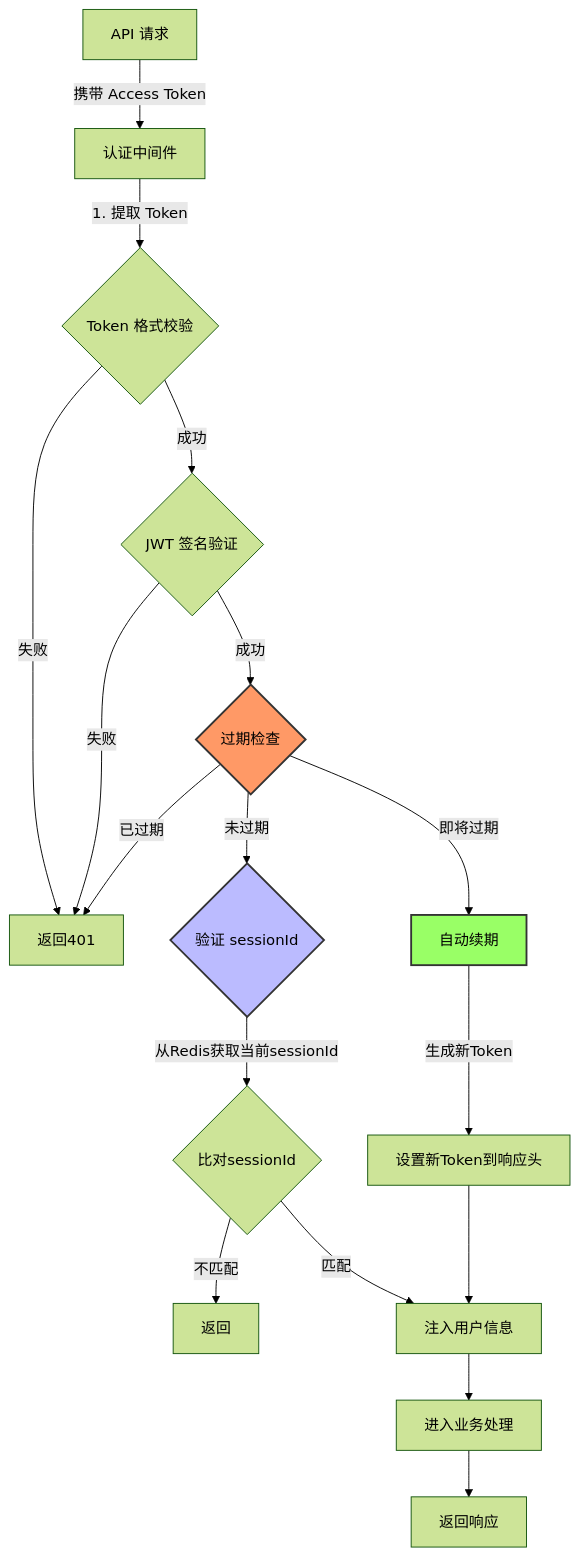
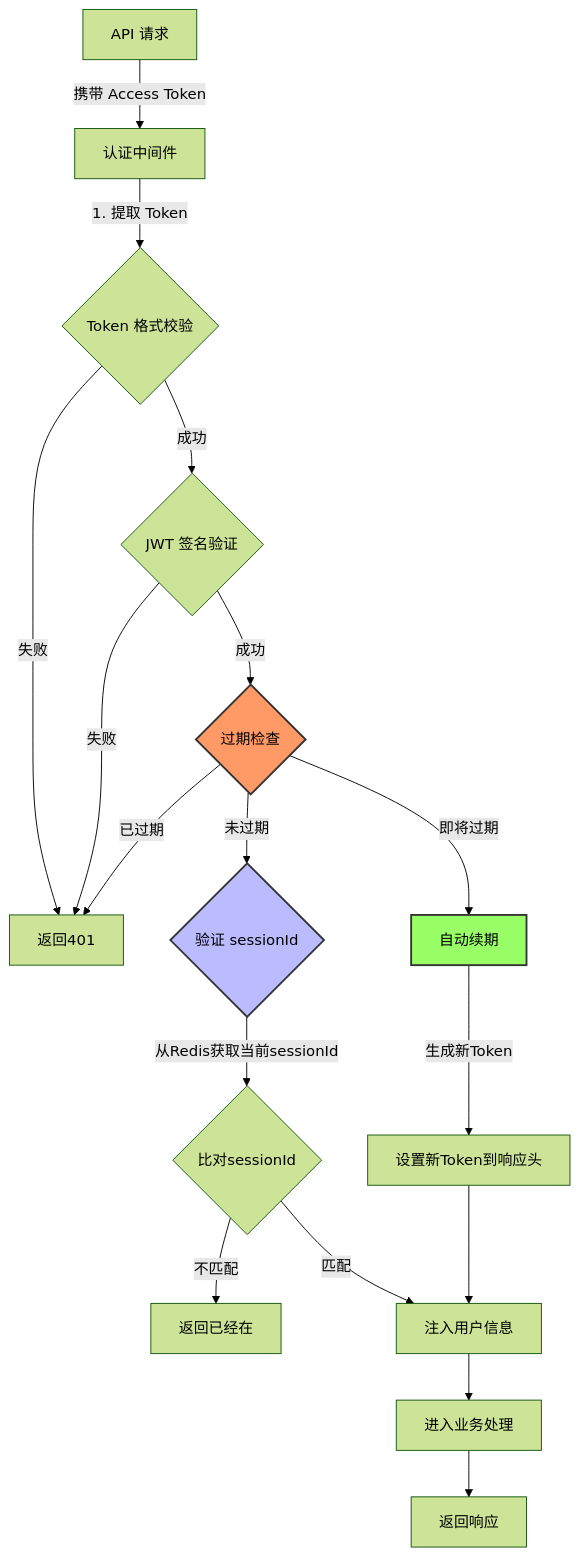
The diagram in all/未命名-13.md (yingjianzh/iodraw-files), drawn with Mermaid (forest theme) before and after one commit.

Commit message:
2025-01-02 16:10:16 update

````diff
--- a/all/未命名-13.md
+++ b/all/未命名-13.md
@@ -1,29 +1,29 @@
 ```mermaid
 
 flowchart TD
     
     A[API 请求] -->|携带 Access Token| B[认证中间件]
     B -->|1. 提取 Token| C{Token 格式校验}
     C -->|失败| D[返回401]
     C -->|成功| E{JWT 签名验证}
     E -->|失败| D
     E -->|成功| F{过期检查}
     
     F -->|已过期| D
     F -->|即将过期| G[自动续期]
     F -->|未过期| H{验证 sessionId}
     
     H -->|从Redis获取当前sessionId| I{比对sessionId}
-    I -->|不匹配| J[返回]
+    I -->|不匹配| J[返回已经在]
     I -->|匹配| K[注入用户信息]
     K --> L[进入业务处理]
     L --> N[返回响应]
     
     G -->|生成新Token| M[设置新Token到响应头]
     M --> K
 
     style F fill:#f96,stroke:#333,stroke-width:2px
     style H fill:#bbf,stroke:#333,stroke-width:2px
     style G fill:#9f6,stroke:#333,stroke-width:2px
 
 ```
````
